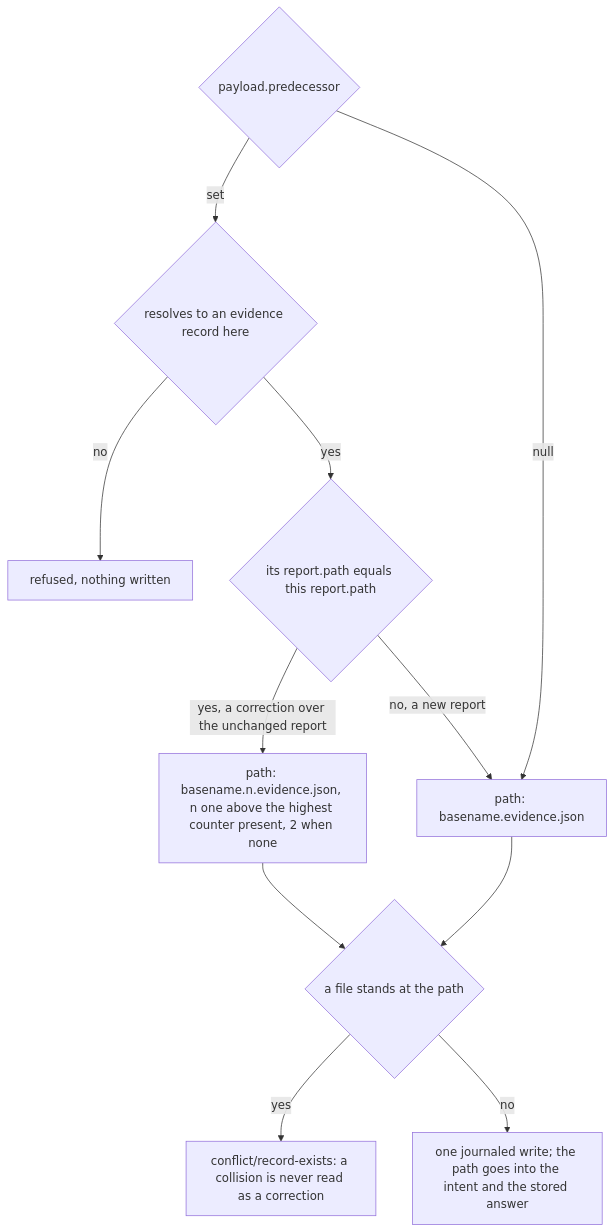
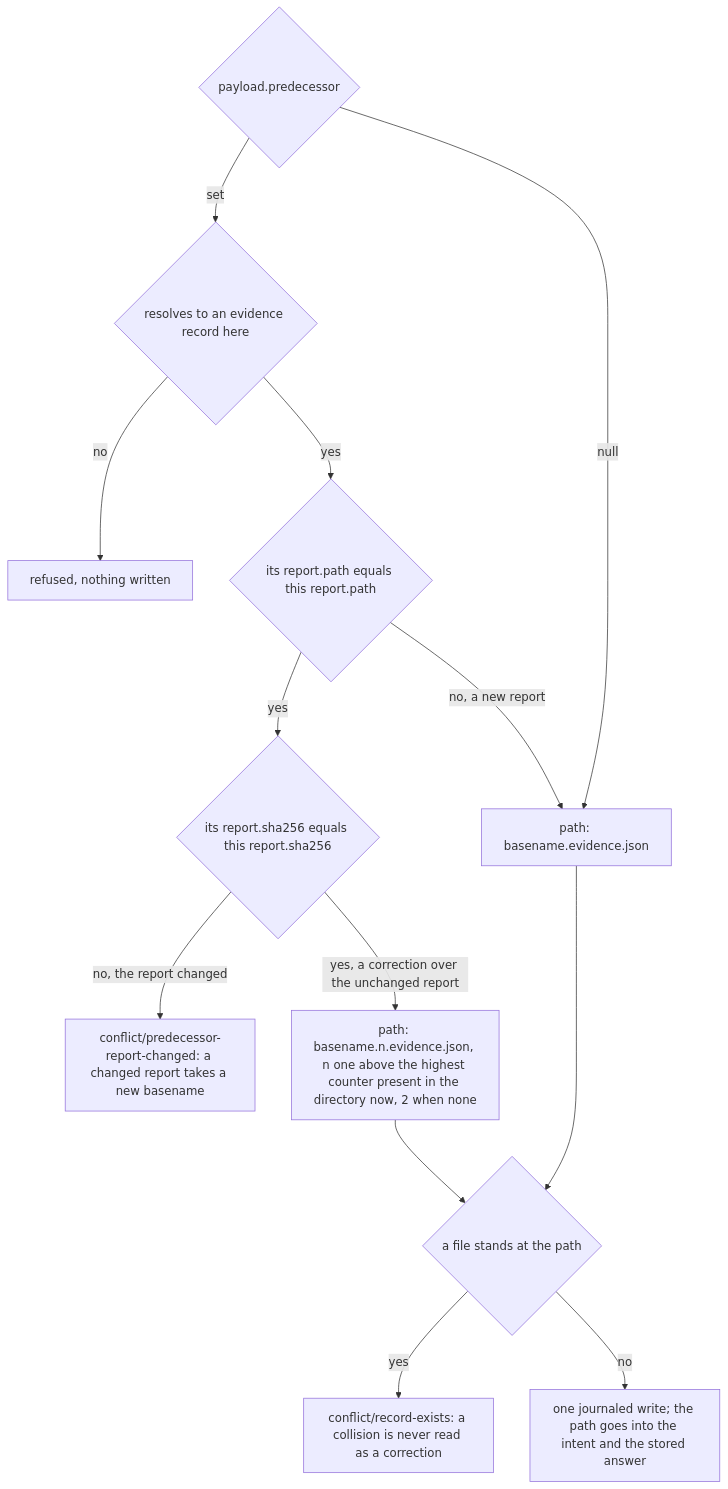
Before and after one commit to tenzoki/fusion: the first of 2 diagrams in fusion-workbench/work-packages/260928-1338-json-control-data-and-markdown-artefacts/plans/260929-1417_o_plan-fj02b-plan-progress-and-evidence-creation-through-the-kernel.md, drawn with Mermaid. The commit also changed other lines of this file and 1 other file, not shown here.

````diff
--- a/fusion-workbench/work-packages/260928-1338-json-control-data-and-markdown-artefacts/plans/260929-1417_o_plan-fj02b-plan-progress-and-evidence-creation-through-the-kernel.md
+++ b/fusion-workbench/work-packages/260928-1338-json-control-data-and-markdown-artefacts/plans/260929-1417_o_plan-fj02b-plan-progress-and-evidence-creation-through-the-kernel.md
@@ -44,13 +45,15 @@
 ```mermaid
 flowchart TD
   A{payload.predecessor} -->|null| F[path: basename.evidence.json]
   A -->|set| B{resolves to an evidence record here}
   B -->|no| R1[refused, nothing written]
   B -->|yes| C{its report.path equals this report.path}
-  C -->|yes, a correction over the unchanged report| N[path: basename.n.evidence.json, n one above the highest counter present, 2 when none]
+  C -->|yes| H{its report.sha256 equals this report.sha256}
+  H -->|no, the report changed| R3[conflict/predecessor-report-changed: a changed report takes a new basename]
+  H -->|yes, a correction over the unchanged report| N[path: basename.n.evidence.json, n one above the highest counter present in the directory now, 2 when none]
   C -->|no, a new report| F
   F --> E{a file stands at the path}
   N --> E
   E -->|yes| R2[conflict/record-exists: a collision is never read as a correction]
   E -->|no| W[one journaled write; the path goes into the intent and the stored answer]
 ```
````
